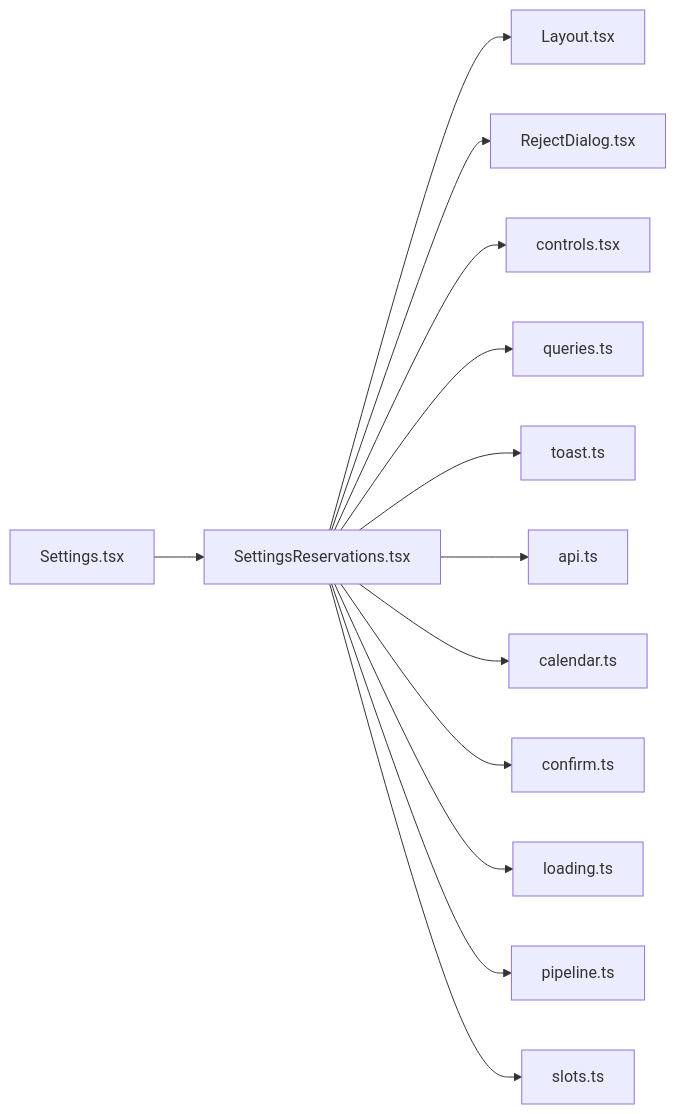
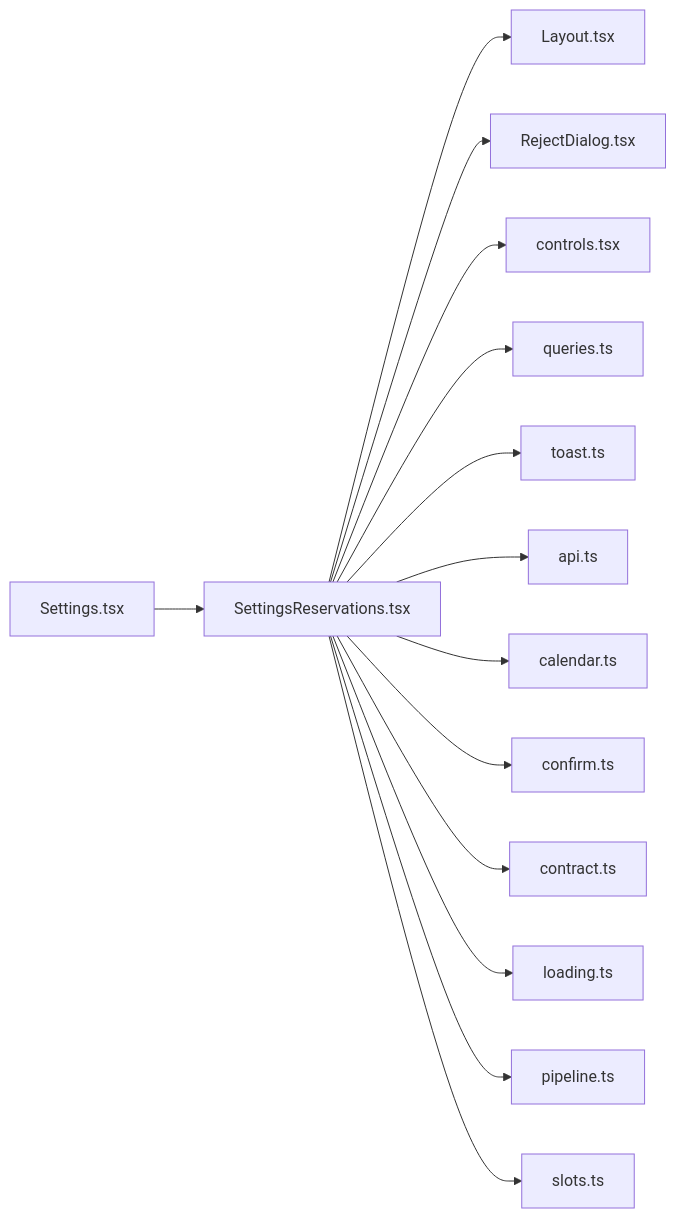
Before and after one commit to minkong-dev/Banblit: the diagram in .cluedoc/graph/frontend/src/routes/SettingsReservations.md, drawn with Mermaid. The commit also changed other lines of this file and 49 other files, not shown here.

````diff
--- a/.cluedoc/graph/frontend/src/routes/SettingsReservations.md
+++ b/.cluedoc/graph/frontend/src/routes/SettingsReservations.md
@@ -10,16 +10,17 @@
 ```mermaid
 flowchart LR
   frontend_src_routes_SettingsReservations["SettingsReservations.tsx"]
   frontend_src_routes_SettingsReservations --> frontend_src_components_Layout["Layout.tsx"]
   frontend_src_routes_SettingsReservations --> frontend_src_components_RejectDialog["RejectDialog.tsx"]
   frontend_src_routes_SettingsReservations --> frontend_src_components_controls["controls.tsx"]
   frontend_src_routes_SettingsReservations --> frontend_src_components_queries["queries.ts"]
   frontend_src_routes_SettingsReservations --> frontend_src_components_toast["toast.ts"]
   frontend_src_routes_SettingsReservations --> frontend_src_lib_api["api.ts"]
   frontend_src_routes_SettingsReservations --> frontend_src_lib_calendar["calendar.ts"]
   frontend_src_routes_SettingsReservations --> frontend_src_lib_confirm["confirm.ts"]
+  frontend_src_routes_SettingsReservations --> frontend_src_lib_contract["contract.ts"]
   frontend_src_routes_SettingsReservations --> frontend_src_lib_loading["loading.ts"]
   frontend_src_routes_SettingsReservations --> frontend_src_lib_pipeline["pipeline.ts"]
   frontend_src_routes_SettingsReservations --> frontend_src_lib_slots["slots.ts"]
   frontend_src_routes_Settings["Settings.tsx"] --> frontend_src_routes_SettingsReservations
 ```
````
